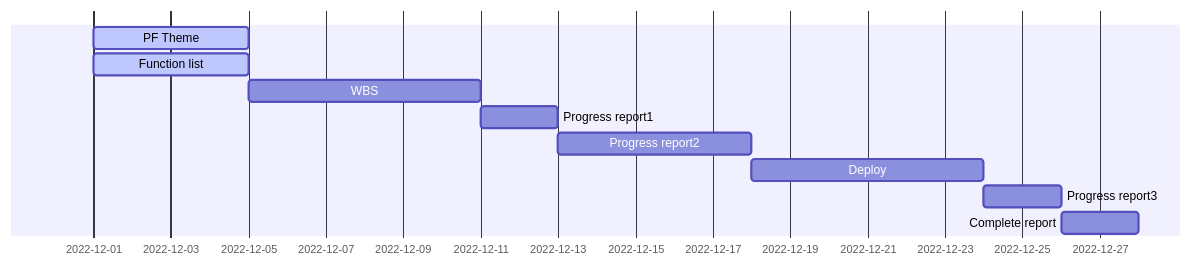
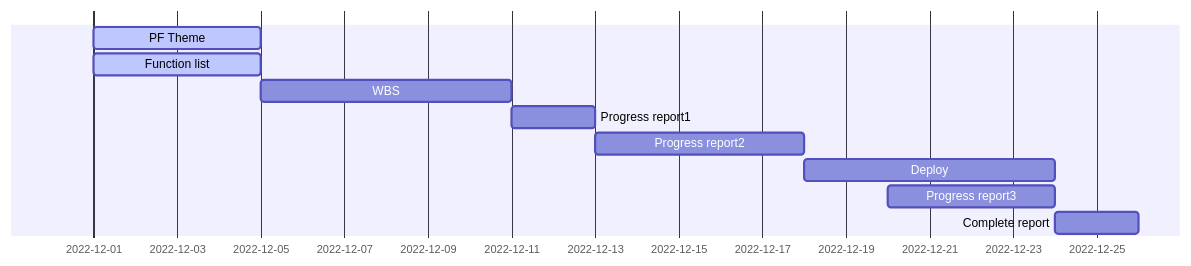
Before and after one commit to urotansh/git-practice: the diagram in ganttChart.md, drawn with Mermaid.

Commit message:
ganttChart6

````diff
--- a/ganttChart.md
+++ b/ganttChart.md
@@ -1,11 +1,11 @@
 ```mermaid
 gantt
   PF Theme         : active, t1, 2022-12-01, 4d
   Function list    : active, t2, 2022-12-01, 4d
   WBS              :         t3, after t2,   6d
   Progress report1 :         t4, after t3,   2d
   Progress report2 :         t5, after t4,   5d
   Deploy           :         t6, after t5,   6d
-  Progress report3 :         t7, 2022-12-24, 2d
+  Progress report3 :         t7, 2022-12-20, 4d
   Complete report  :         t8, after t7,   2d
 ```
````
